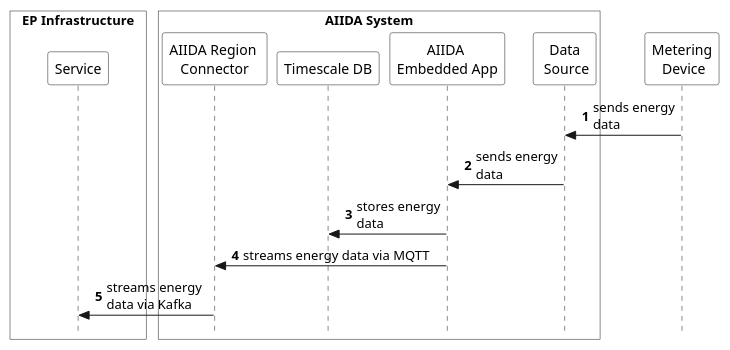
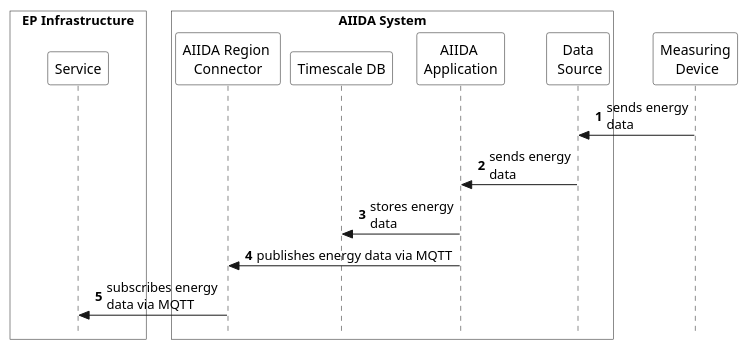
One commit to eddie-energy/architecture changed the diagram in arc42/aiida/runtime-view/figures/aiida_request_data.puml. Above: the diagram before and after it, drawn with PlantUML. The commit also changed 7 other files, not shown here.

```diff
--- a/arc42/aiida/runtime-view/figures/aiida_request_data.puml
+++ b/arc42/aiida/runtime-view/figures/aiida_request_data.puml
@@ -1,35 +1,35 @@
 @startuml aiida_request_data
 'sequence diagram
 
 skinparam style strictuml
 skinparam sequence {
   ParticipantBackgroundColor transparent
   ActorBackgroundColor transparent
 }
 
 autonumber
 !pragma teoz true
 
 ' actor customer
 box "EP Infrastructure" #transparent
 ' participant "EP Website" as website
 participant "Service" as service
 end box
 box "\tAIIDA System\t\t"  #transparent
 participant "AIIDA Region \nConnector" as connector
 participant "Timescale DB" as timescale
-participant "AIIDA \nEmbedded App"  as app
+participant "AIIDA \nApplication"  as app
 participant "Data\n Source" as data_source
 end box
-participant "Metering\n Device" as device
+participant "Measuring\n Device" as device
 
 device -> data_source : sends energy\ndata
 data_source -> app : sends energy\ndata
 app -> timescale : stores energy\ndata
-app -> connector : streams energy data via MQTT
-connector -> service : streams energy \ndata via Kafka
+app -> connector : publishes energy data via MQTT
+connector -> service : subscribes energy \ndata via MQTT
 
 ' website -> customer : show energy data
 ' connector -> website : share energy data
 
 @enduml
```
